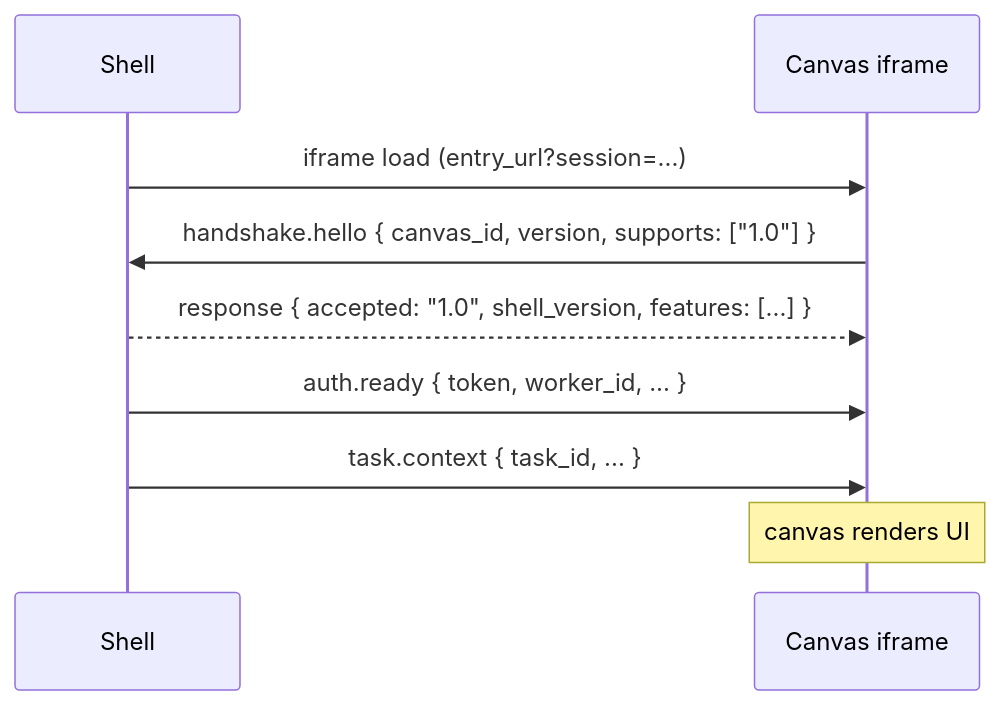
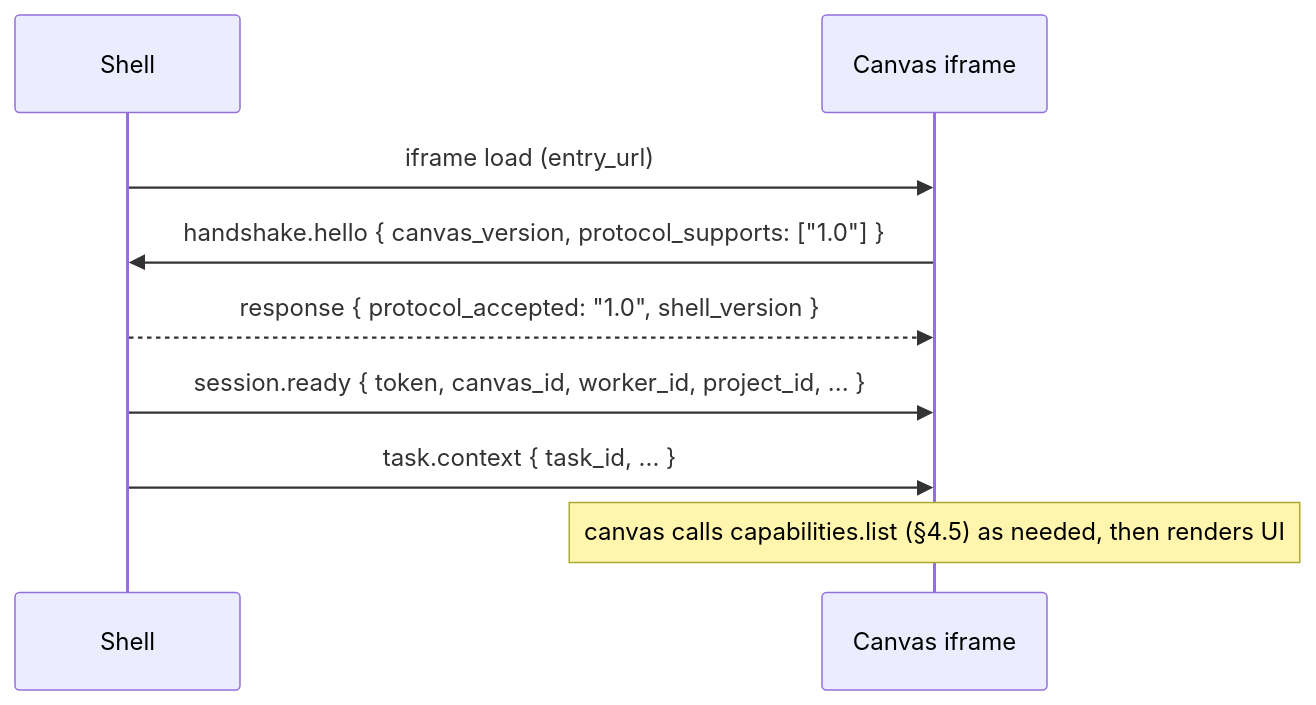
One commit to ashutosh-turing/turing-platform-design-doc changed the third of 5 diagrams in AGIOS_PLATFORM/CANVAS_SDK.md. Above: the diagram before and after it, drawn with Mermaid. The commit also changed other lines of this file and 3 other files, not shown here.

First line of the commit message:
refactor: AGI-OS platform documentation and architecture

````diff
--- a/AGIOS_PLATFORM/CANVAS_SDK.md
+++ b/AGIOS_PLATFORM/CANVAS_SDK.md
@@ -460,12 +272,12 @@
 ```mermaid
 sequenceDiagram
     participant Shell
     participant Canvas as Canvas iframe
 
-    Shell->>Canvas: iframe load (entry_url?session=...)
-    Canvas->>Shell: handshake.hello { canvas_id, version, supports: ["1.0"] }
-    Shell-->>Canvas: response { accepted: "1.0", shell_version, features: [...] }
-    Shell->>Canvas: auth.ready { token, worker_id, ... }
+    Shell->>Canvas: iframe load (entry_url)
+    Canvas->>Shell: handshake.hello { canvas_version, protocol_supports: ["1.0"] }
+    Shell-->>Canvas: response { protocol_accepted: "1.0", shell_version }
+    Shell->>Canvas: session.ready { token, canvas_id, worker_id, project_id, ... }
     Shell->>Canvas: task.context { task_id, ... }
-    Note over Canvas: canvas renders UI
+    Note over Canvas: canvas calls capabilities.list (§4.5) as needed, then renders UI
 ```
````
